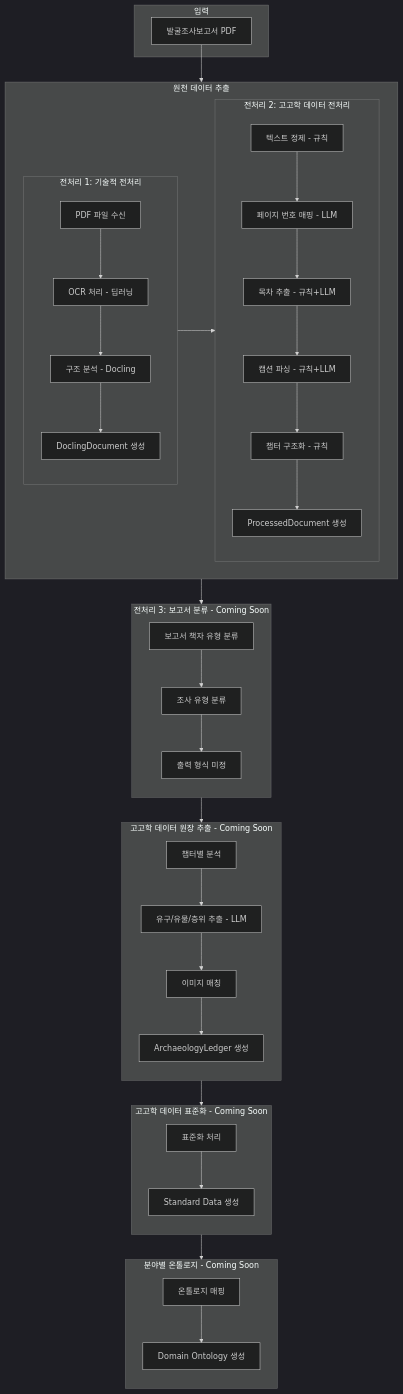
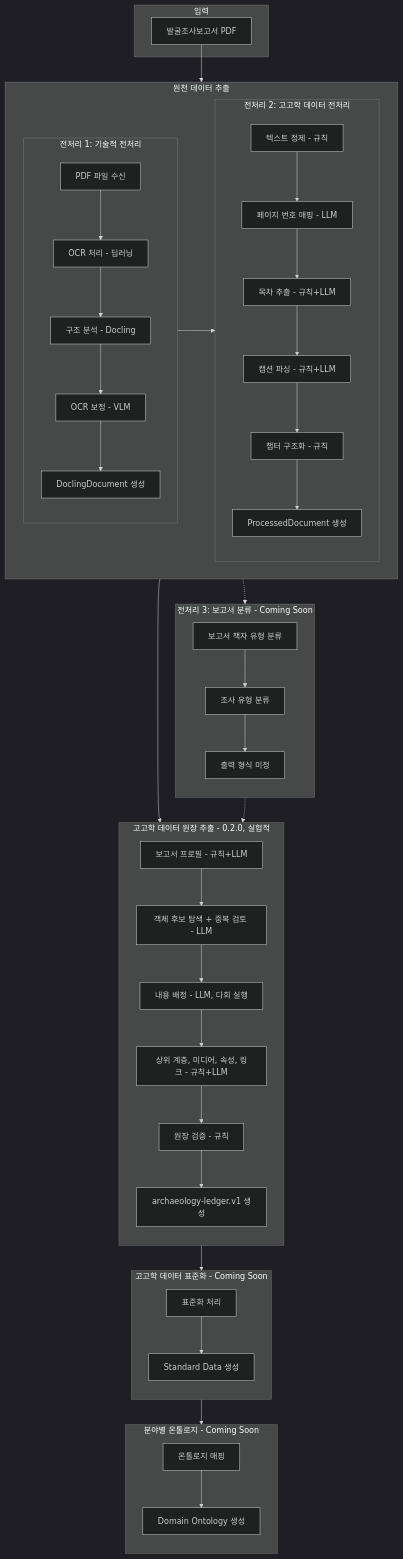
Before and after one commit to heripo-lab/heripo-engine: the first of 6 diagrams in docs/architecture.ko.md, drawn with Mermaid (dark theme). The commit also changed other lines of this file and 7 other files, not shown here.

````diff
--- a/docs/architecture.ko.md
+++ b/docs/architecture.ko.md
@@ -22,67 +22,71 @@
 ```mermaid
 flowchart TB
     subgraph Input[입력]
         PDF[발굴조사보고서 PDF]
     end
 
     subgraph RawData[원천 데이터 추출]
         subgraph Phase1[전처리 1: 기술적 전처리]
             direction TB
             P1_1[PDF 파일 수신]
             P1_2[OCR 처리 - 딥러닝]
             P1_3[구조 분석 - Docling]
+            P1_3b[OCR 보정 - VLM]
             P1_4[DoclingDocument 생성]
-            P1_1 --> P1_2 --> P1_3 --> P1_4
+            P1_1 --> P1_2 --> P1_3 --> P1_3b --> P1_4
         end
 
         subgraph Phase2[전처리 2: 고고학 데이터 전처리]
             direction TB
             P2_1[텍스트 정제 - 규칙]
             P2_2[페이지 번호 매핑 - LLM]
             P2_3[목차 추출 - 규칙+LLM]
             P2_4[캡션 파싱 - 규칙+LLM]
             P2_5[챕터 구조화 - 규칙]
             P2_6[ProcessedDocument 생성]
             P2_1 --> P2_2 --> P2_3 --> P2_4 --> P2_5 --> P2_6
         end
 
         Phase1 --> Phase2
     end
 
     subgraph Classification[전처리 3: 보고서 분류 - Coming Soon]
         direction TB
         C1[보고서 책자 유형 분류]
         C2[조사 유형 분류]
         C3[출력 형식 미정]
         C1 --> C2 --> C3
     end
 
-    subgraph Ledger[고고학 데이터 원장 추출 - Coming Soon]
+    subgraph Ledger[고고학 데이터 원장 추출 - 0.2.0, 실험적]
         direction TB
-        L1[챕터별 분석]
-        L2[유구/유물/층위 추출 - LLM]
-        L3[이미지 매칭]
-        L4[ArchaeologyLedger 생성]
-        L1 --> L2 --> L3 --> L4
+        L1[보고서 프로필 - 규칙+LLM]
+        L2[객체 후보 탐색 + 중복 검토 - LLM]
+        L3[내용 배정 - LLM, 다회 실행]
+        L4[상위 계층, 미디어, 속성, 링크 - 규칙+LLM]
+        L5[원장 검증 - 규칙]
+        L6[archaeology-ledger.v1 생성]
+        L1 --> L2 --> L3 --> L4 --> L5 --> L6
     end
 
     subgraph Standard[고고학 데이터 표준화 - Coming Soon]
         direction TB
         S1[표준화 처리]
         S2[Standard Data 생성]
         S1 --> S2
     end
 
     subgraph Ontology[분야별 온톨로지 - Coming Soon]
         direction TB
         O1[온톨로지 매핑]
         O2[Domain Ontology 생성]
         O1 --> O2
     end
 
     PDF --> RawData
-    RawData --> Classification
-    Classification --> Ledger
+    RawData --> Ledger
+    RawData -.-> Classification
+    Classification -.-> Ledger
     Ledger --> Standard
     Standard --> Ontology
 ```
````
